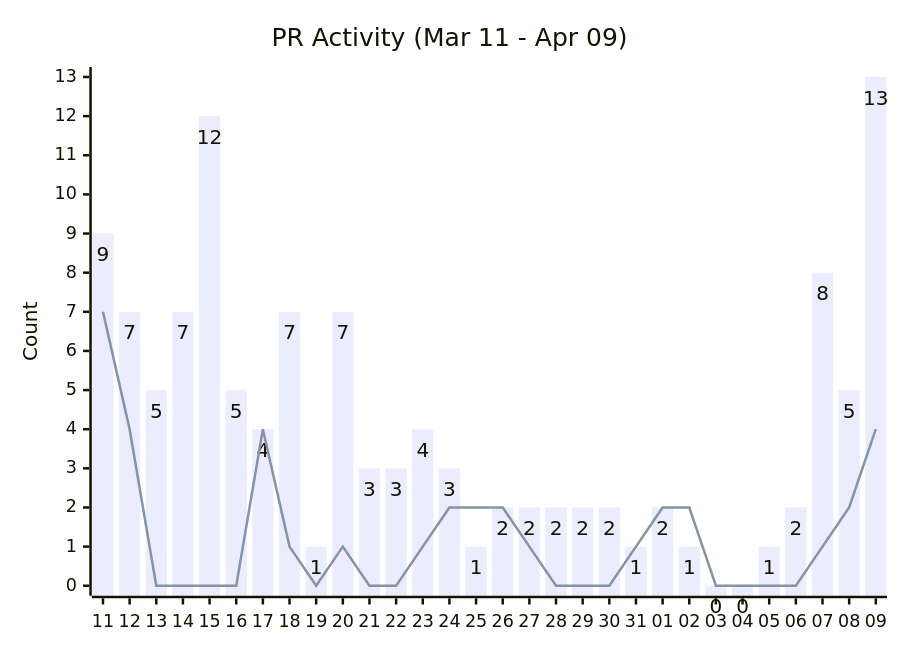
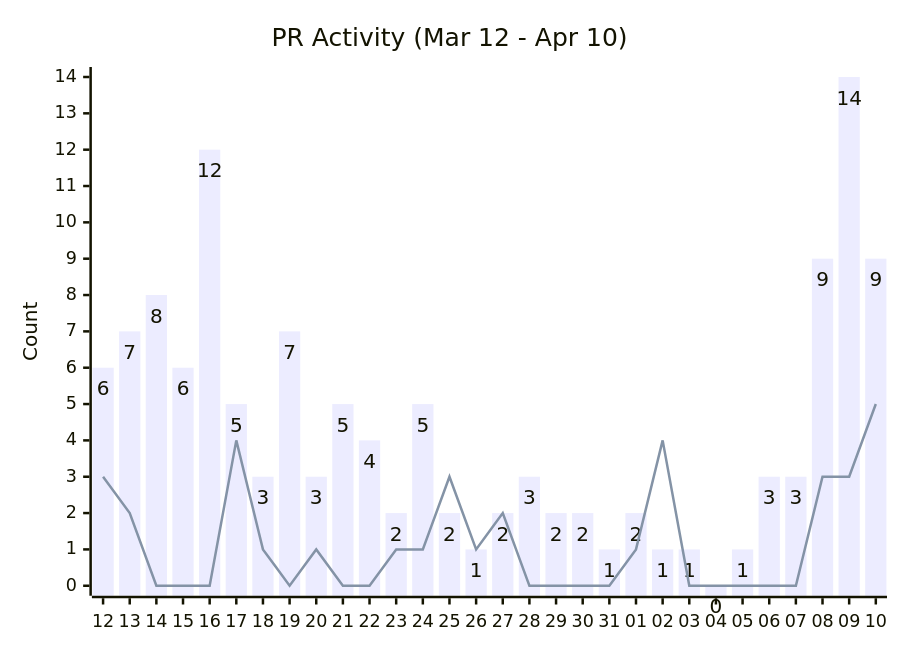
One commit to cocosheng-g/gemini-cli changed the second of 7 diagrams in triage/CONTRIBUTION_METRICS.md. Above: the diagram before and after it, drawn with Mermaid. The commit also changed other lines of this file, not shown here.

````diff
--- a/triage/CONTRIBUTION_METRICS.md
+++ b/triage/CONTRIBUTION_METRICS.md
@@ -28,13 +28,13 @@
 ```mermaid
 ---
 config:
   xyChart:
     showDataLabel: true
 ---
 xychart-beta
-    title "PR Activity (Mar 11 - Apr 09)"
-    x-axis ["11", "12​", "13​​", "14​​​", "15​​​​", "16​​​​​", "17​​​​​​", "18​​​​​​​", "19​​​​​​​​", "20​​​​​​​​​", "21​​​​​​​​​​", "22​​​​​​​​​​​", "23​​​​​​​​​​​​", "24​​​​​​​​​​​​​", "25​​​​​​​​​​​​​​", "26​​​​​​​​​​​​​​​", "27​​​​​​​​​​​​​​​​", "28​​​​​​​​​​​​​​​​​", "29​​​​​​​​​​​​​​​​​​", "30​​​​​​​​​​​​​​​​​​​", "31​​​​​​​​​​​​​​​​​​​​", "01​​​​​​​​​​​​​​​​​​​​​", "02​​​​​​​​​​​​​​​​​​​​​​", "03​​​​​​​​​​​​​​​​​​​​​​​", "04​​​​​​​​​​​​​​​​​​​​​​​​", "05​​​​​​​​​​​​​​​​​​​​​​​​​", "06​​​​​​​​​​​​​​​​​​​​​​​​​​", "07​​​​​​​​​​​​​​​​​​​​​​​​​​​", "08​​​​​​​​​​​​​​​​​​​​​​​​​​​​", "09​​​​​​​​​​​​​​​​​​​​​​​​​​​​​"]
+    title "PR Activity (Mar 12 - Apr 10)"
+    x-axis ["12", "13​", "14​​", "15​​​", "16​​​​", "17​​​​​", "18​​​​​​", "19​​​​​​​", "20​​​​​​​​", "21​​​​​​​​​", "22​​​​​​​​​​", "23​​​​​​​​​​​", "24​​​​​​​​​​​​", "25​​​​​​​​​​​​​", "26​​​​​​​​​​​​​​", "27​​​​​​​​​​​​​​​", "28​​​​​​​​​​​​​​​​", "29​​​​​​​​​​​​​​​​​", "30​​​​​​​​​​​​​​​​​​", "31​​​​​​​​​​​​​​​​​​​", "01​​​​​​​​​​​​​​​​​​​​", "02​​​​​​​​​​​​​​​​​​​​​", "03​​​​​​​​​​​​​​​​​​​​​​", "04​​​​​​​​​​​​​​​​​​​​​​​", "05​​​​​​​​​​​​​​​​​​​​​​​​", "06​​​​​​​​​​​​​​​​​​​​​​​​​", "07​​​​​​​​​​​​​​​​​​​​​​​​​​", "08​​​​​​​​​​​​​​​​​​​​​​​​​​​", "09​​​​​​​​​​​​​​​​​​​​​​​​​​​​", "10​​​​​​​​​​​​​​​​​​​​​​​​​​​​​"]
     y-axis "Count"
-    bar [9, 7, 5, 7, 12, 5, 4, 7, 1, 7, 3, 3, 4, 3, 1, 2, 2, 2, 2, 2, 1, 2, 1, 0, 0, 1, 2, 8, 5, 13]
-    line [7, 4, 0, 0, 0, 0, 4, 1, 0, 1, 0, 0, 1, 2, 2, 2, 1, 0, 0, 0, 1, 2, 2, 0, 0, 0, 0, 1, 2, 4]
+    bar [6, 7, 8, 6, 12, 5, 3, 7, 3, 5, 4, 2, 5, 2, 1, 2, 3, 2, 2, 1, 2, 1, 1, 0, 1, 3, 3, 9, 14, 9]
+    line [3, 2, 0, 0, 0, 4, 1, 0, 1, 0, 0, 1, 1, 3, 1, 2, 0, 0, 0, 0, 1, 4, 0, 0, 0, 0, 0, 3, 3, 5]
 ```
````
